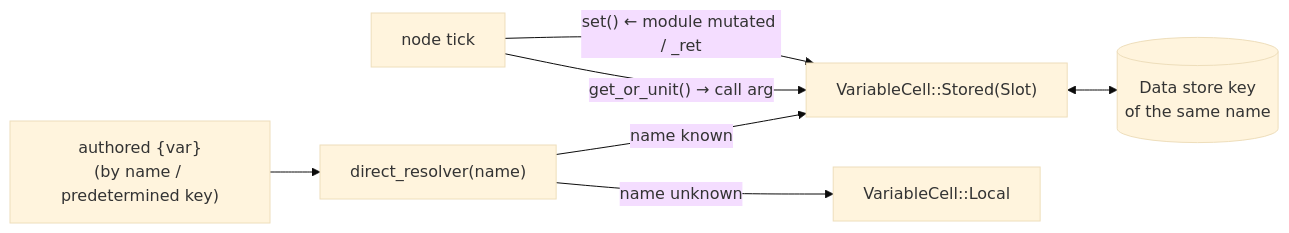
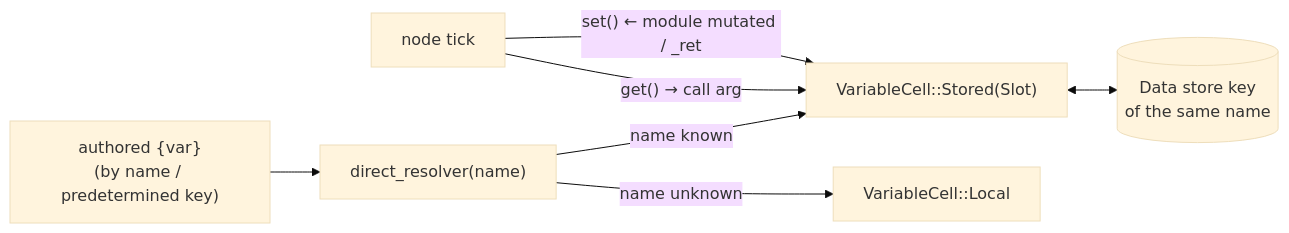
One commit to semio-ai/arora-sdk changed the second of 2 diagrams in crates/arora-behavior-tree/docs/nodes.md. Above: the diagram before and after it, drawn with Mermaid (base theme). The commit also changed other lines of this file and 16 other files, not shown here.

````diff
--- a/crates/arora-behavior-tree/docs/nodes.md
+++ b/crates/arora-behavior-tree/docs/nodes.md
@@ -69,9 +99,9 @@
 ```mermaid
 flowchart LR
   authored["authored {var}<br/>(by name / predetermined key)"] --> resolve["direct_resolver(name)"]
   resolve -- "name known" --> stored["VariableCell::Stored(Slot)"]
   resolve -- "name unknown" --> local["VariableCell::Local"]
   stored <--> store[("Data store key<br/>of the same name")]
-  node["node tick"] -- "get_or_unit() → call arg" --> stored
+  node["node tick"] -- "get() → call arg" --> stored
   node -- "set() ← module mutated / _ret" --> stored
 ```
````
